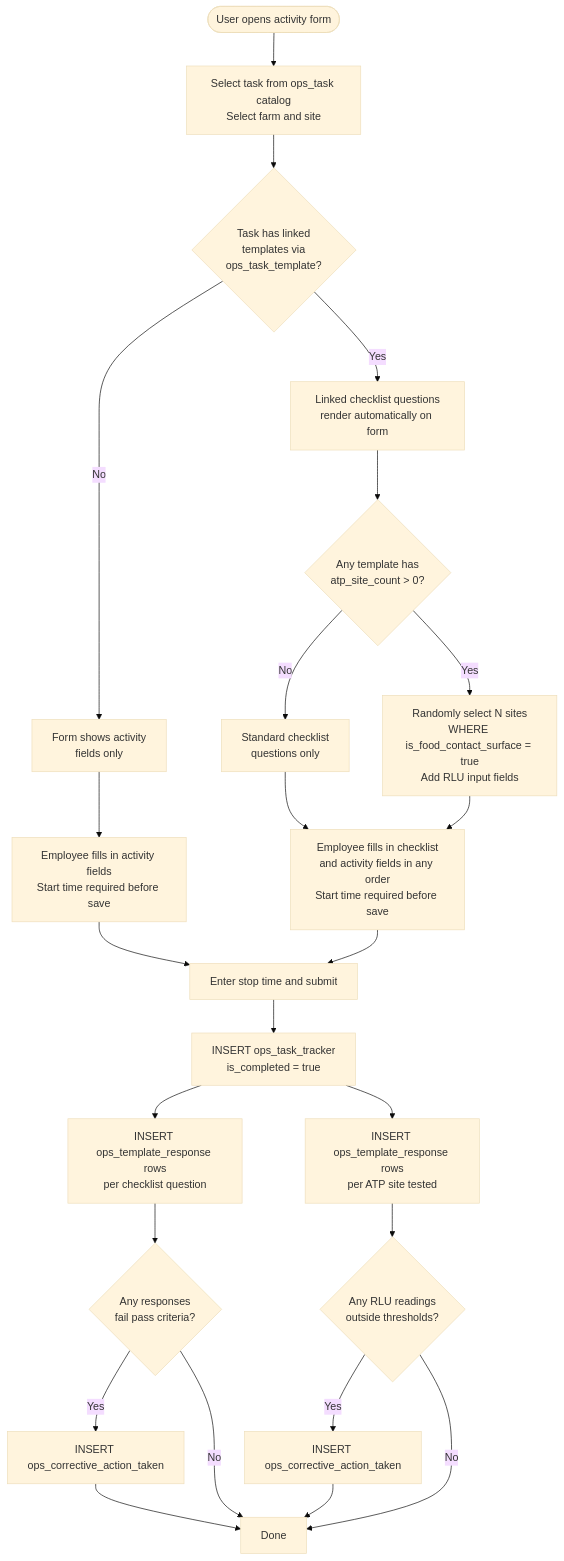
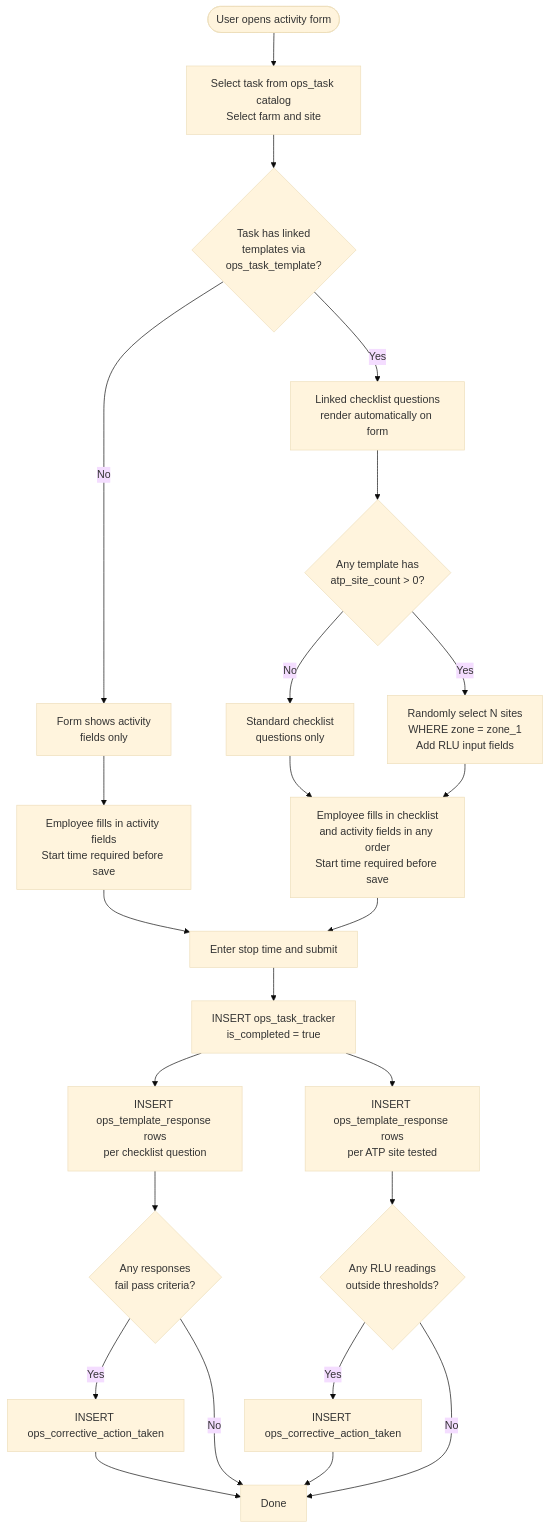
The diagram in docs/processes/20260326_09_ops_task_workflow.md (Hawaii-Farming/aloha-app), drawn with Mermaid (base theme) before and after one commit. The commit also changed 89 other files, not shown here.

First line of the commit message:
Add org_site_category, self-referencing hierarchy on org_site, remove is_food_contact_surface

````diff
--- a/docs/processes/20260326_09_ops_task_workflow.md
+++ b/docs/processes/20260326_09_ops_task_workflow.md
@@ -145,34 +145,34 @@
 ```mermaid
 flowchart TD
     A([User opens activity form]) --> B[Select task from ops_task catalog\nSelect farm and site]
 
     B --> C{Task has linked\ntemplates via\nops_task_template?}
     C -- No --> D[Form shows activity\nfields only]
     C -- Yes --> E[Linked checklist questions\nrender automatically on form]
 
     E --> F{Any template has\natp_site_count > 0?}
     F -- No --> G[Standard checklist\nquestions only]
-    F -- Yes --> H[Randomly select N sites\nWHERE is_food_contact_surface = true\nAdd RLU input fields]
+    F -- Yes --> H[Randomly select N sites\nWHERE zone = zone_1\nAdd RLU input fields]
 
     G --> I[Employee fills in checklist\nand activity fields in any order\nStart time required before save]
     H --> I
     D --> J[Employee fills in activity fields\nStart time required before save]
 
     I --> K[Enter stop time and submit]
     J --> K
 
     K --> L[INSERT ops_task_tracker\nis_completed = true]
 
     L --> M[INSERT ops_template_response rows\nper checklist question]
     L --> N[INSERT ops_template_response rows\nper ATP site tested]
 
     M --> O{Any responses\nfail pass criteria?}
     N --> P{Any RLU readings\noutside thresholds?}
 
     O -- Yes --> Q[INSERT ops_corrective_action_taken]
     P -- Yes --> R[INSERT ops_corrective_action_taken]
     O -- No --> S[Done]
     P -- No --> S
     Q --> S
     R --> S
 ```
````
